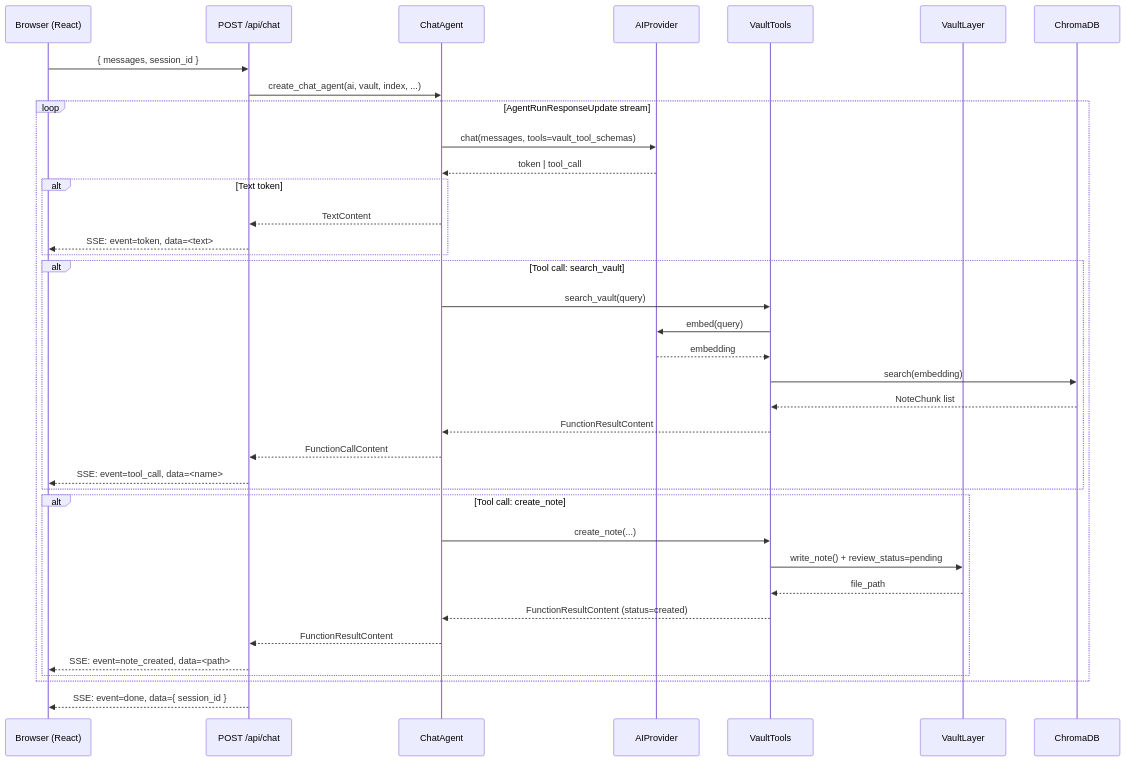
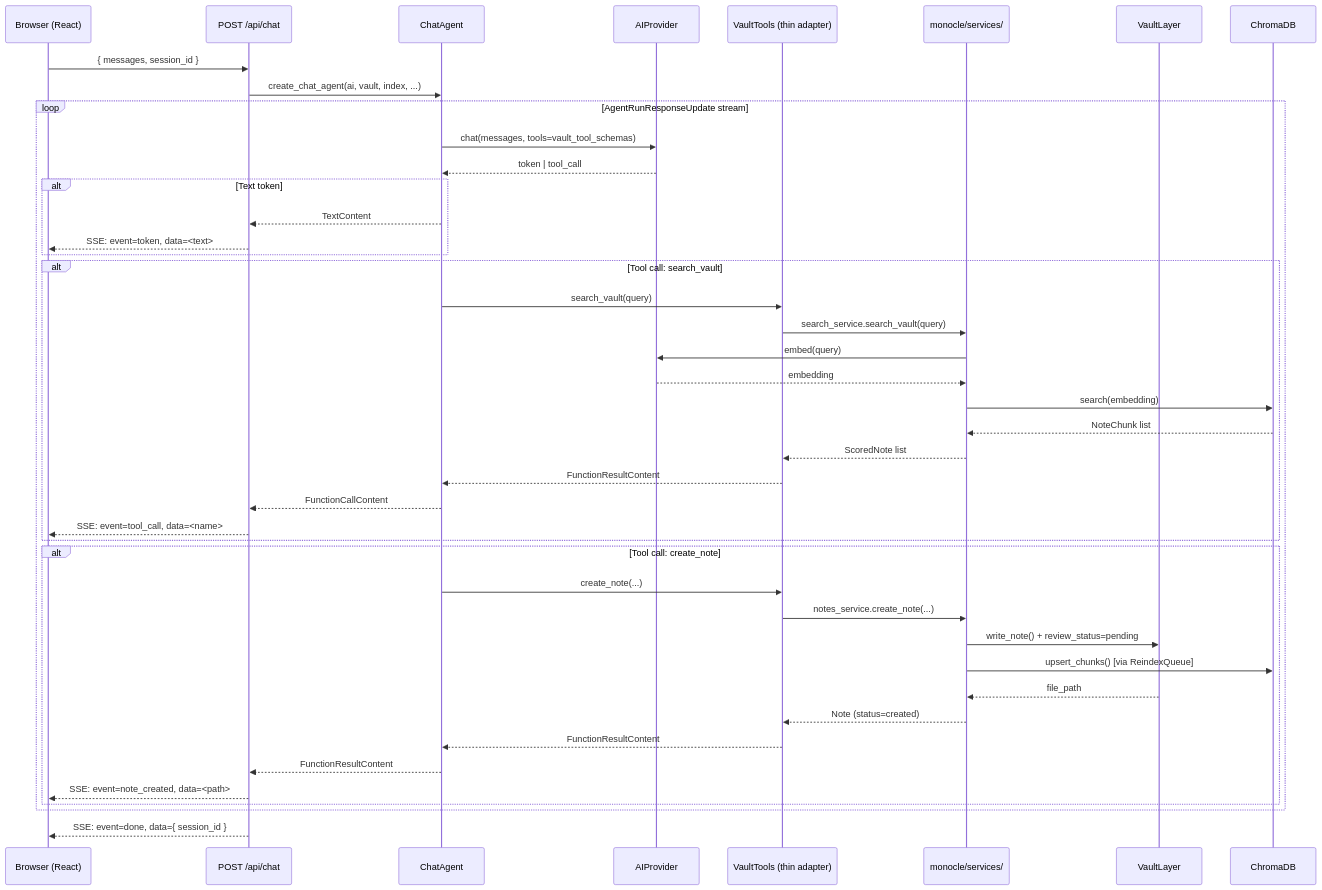
The fourth of 12 diagrams in docs/architecture.md (epopisces/monocle), drawn with Mermaid before and after one commit. The commit also changed other lines of this file and 47 other files, not shown here.

````diff
--- a/docs/architecture.md
+++ b/docs/architecture.md
@@ -234,45 +263,51 @@
 ```mermaid
 sequenceDiagram
     participant Browser as Browser (React)
     participant API as POST /api/chat
     participant CA as ChatAgent
     participant AI as AIProvider
-    participant VT as VaultTools
+    participant VT as VaultTools (thin adapter)
+    participant SVC as monocle/services/
     participant VL as VaultLayer
     participant IX as ChromaDB
 
     Browser->>API: { messages, session_id }
     API->>CA: create_chat_agent(ai, vault, index, ...)
 
     loop AgentRunResponseUpdate stream
         CA->>AI: chat(messages, tools=vault_tool_schemas)
         AI-->>CA: token | tool_call
 
         alt Text token
             CA-->>API: TextContent
             API-->>Browser: SSE: event=token, data=<text>
         end
 
         alt Tool call: search_vault
             CA->>VT: search_vault(query)
-            VT->>AI: embed(query)
-            AI-->>VT: embedding
-            VT->>IX: search(embedding)
-            IX-->>VT: NoteChunk list
+            VT->>SVC: search_service.search_vault(query)
+            SVC->>AI: embed(query)
+            AI-->>SVC: embedding
+            SVC->>IX: search(embedding)
+            IX-->>SVC: NoteChunk list
+            SVC-->>VT: ScoredNote list
             VT-->>CA: FunctionResultContent
             CA-->>API: FunctionCallContent
             API-->>Browser: SSE: event=tool_call, data=<name>
         end
 
         alt Tool call: create_note
             CA->>VT: create_note(...)
-            VT->>VL: write_note() + review_status=pending
-            VL-->>VT: file_path
-            VT-->>CA: FunctionResultContent (status=created)
+            VT->>SVC: notes_service.create_note(...)
+            SVC->>VL: write_note() + review_status=pending
+            SVC->>IX: upsert_chunks() [via ReindexQueue]
+            VL-->>SVC: file_path
+            SVC-->>VT: Note (status=created)
+            VT-->>CA: FunctionResultContent
             CA-->>API: FunctionResultContent
             API-->>Browser: SSE: event=note_created, data=<path>
         end
     end
 
     API-->>Browser: SSE: event=done, data={ session_id }
 ```
````
